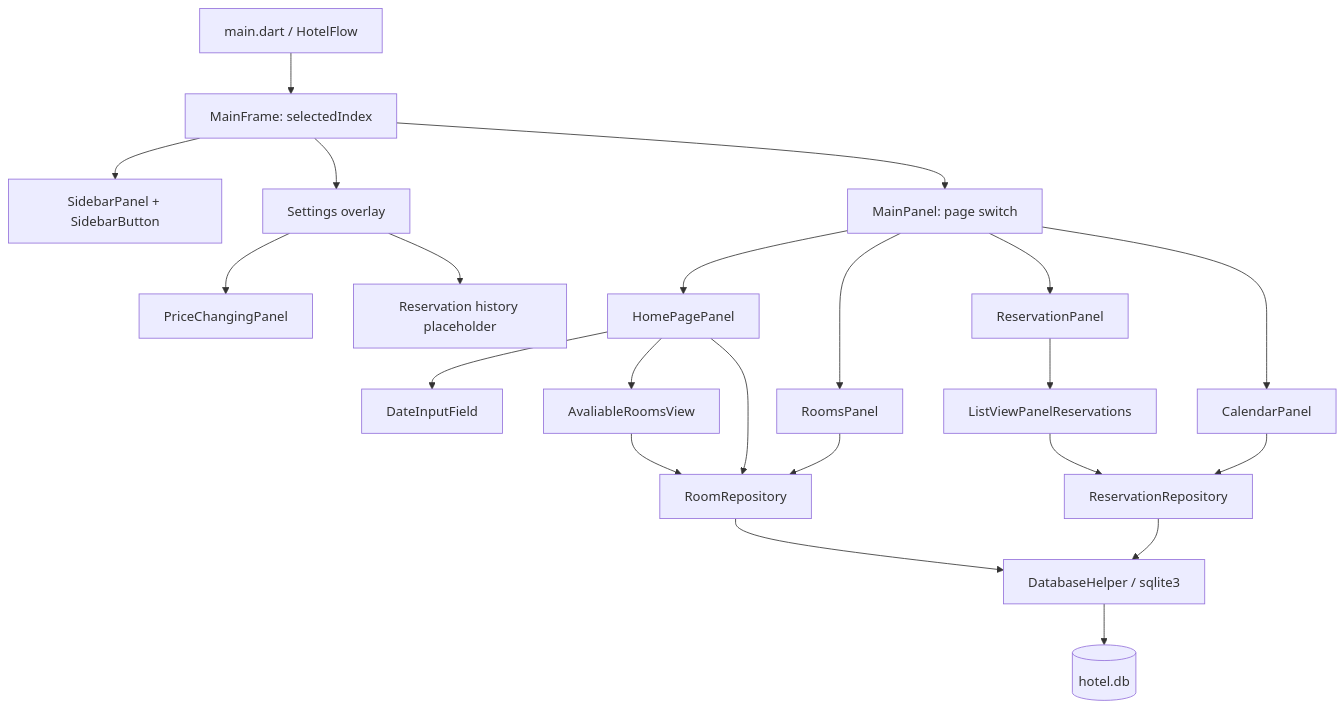
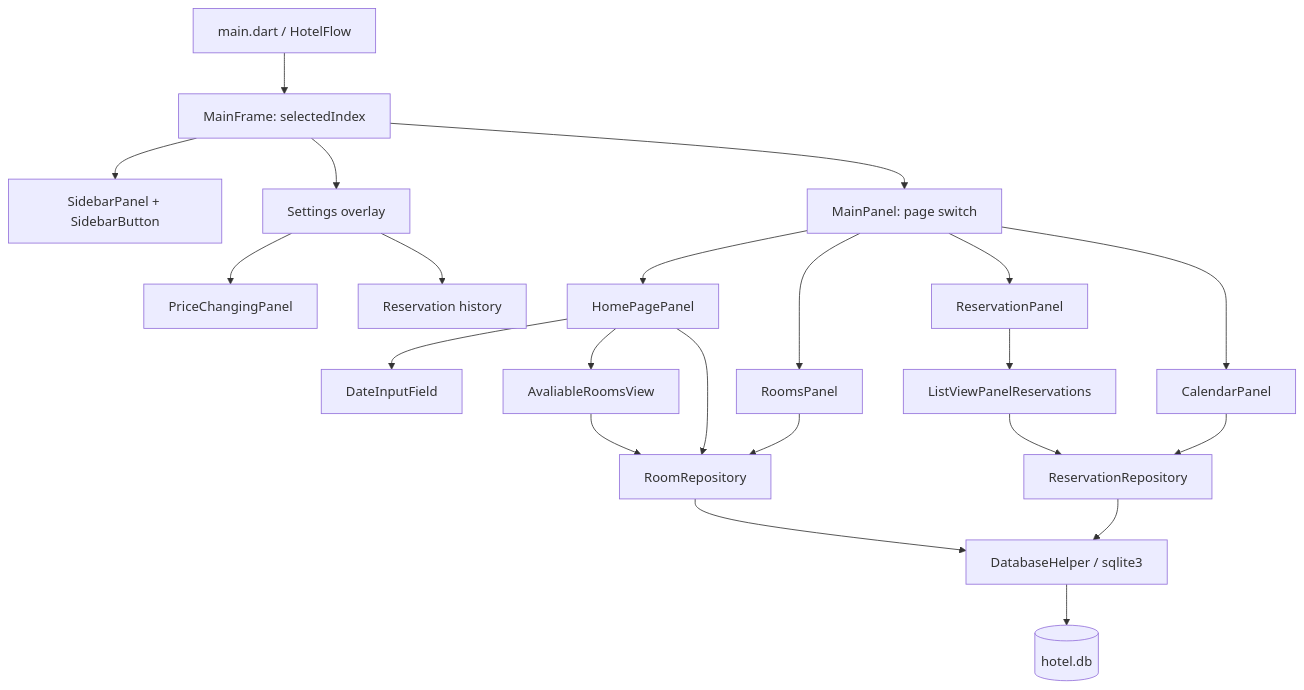
Before and after one commit to Kokosanka264/HotelFlow: the first of 3 diagrams in docs/architecture.md, drawn with Mermaid. The commit also changed other lines of this file and 13 other files, not shown here.

````diff
--- a/docs/architecture.md
+++ b/docs/architecture.md
@@ -15,24 +15,24 @@
 ```mermaid
 flowchart TD
   Entry[main.dart / HotelFlow] --> Frame[MainFrame: selectedIndex]
   Frame --> Sidebar[SidebarPanel + SidebarButton]
   Frame --> Settings[Settings overlay]
   Frame --> Main[MainPanel: page switch]
   Main --> Home[HomePagePanel]
   Main --> Rooms[RoomsPanel]
   Main --> Reservations[ReservationPanel]
   Main --> Calendar[CalendarPanel]
   Settings --> Price[PriceChangingPanel]
-  Settings --> History[Reservation history placeholder]
+  Settings --> History[Reservation history]
   Home --> Dates[DateInputField]
   Home --> Available[AvaliableRoomsView]
   Rooms --> RoomRepo[RoomRepository]
   Available --> RoomRepo
   Home --> RoomRepo
   Reservations --> ReservationList[ListViewPanelReservations]
   ReservationList --> ReservationRepo[ReservationRepository]
   Calendar --> ReservationRepo
   ReservationRepo --> Helper[DatabaseHelper / sqlite3]
   RoomRepo --> Helper
   Helper --> DB[(hotel.db)]
 ```
````
